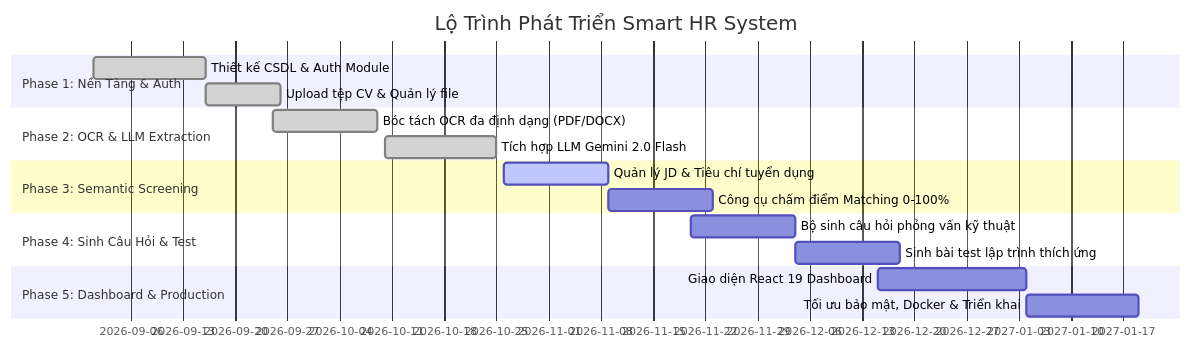
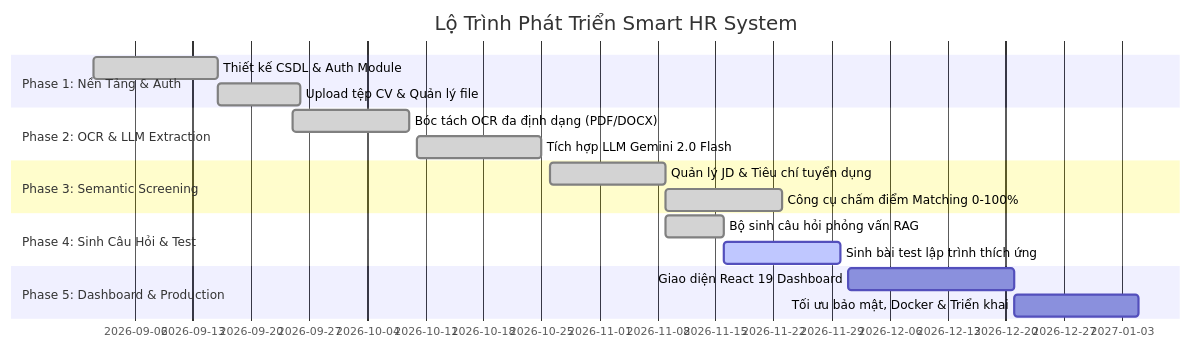
Before and after one commit to HoshinoAquamarine01/Smart-HR-Candidate-Screening-System: the diagram in docs/00-overview/02-roadmap.md, drawn with Mermaid. The commit also changed other lines of this file and 66 other files, not shown here.

````diff
--- a/docs/00-overview/02-roadmap.md
+++ b/docs/00-overview/02-roadmap.md
@@ -10,20 +10,20 @@
 ```mermaid
 gantt
     title Lộ Trình Phát Triển Smart HR System
     dateFormat  YYYY-MM-DD
     section Phase 1: Nền Tảng & Auth
     Thiết kế CSDL & Auth Module           :done, p1_1, 2026-09-01, 15d
     Upload tệp CV & Quản lý file          :done, p1_2, after p1_1, 10d
     section Phase 2: OCR & LLM Extraction
     Bóc tách OCR đa định dạng (PDF/DOCX) :done, p2_1, 2026-09-25, 14d
     Tích hợp LLM Gemini 2.0 Flash        :done, p2_2, 2026-10-10, 15d
     section Phase 3: Semantic Screening
-    Quản lý JD & Tiêu chí tuyển dụng     :active, p3_1, 2026-10-26, 14d
-    Công cụ chấm điểm Matching 0-100%    :p3_2, after p3_1, 14d
+    Quản lý JD & Tiêu chí tuyển dụng     :done, p3_1, 2026-10-26, 14d
+    Công cụ chấm điểm Matching 0-100%    :done, p3_2, after p3_1, 14d
     section Phase 4: Sinh Câu Hỏi & Test
-    Bộ sinh câu hỏi phỏng vấn kỹ thuật    :p4_1, 2026-11-20, 14d
-    Sinh bài test lập trình thích ứng    :p4_2, after p4_1, 14d
+    Bộ sinh câu hỏi phỏng vấn RAG        :done, p4_1, 2026-11-09, 7d
+    Sinh bài test lập trình thích ứng    :active, p4_2, after p4_1, 14d
     section Phase 5: Dashboard & Production
-    Giao diện React 19 Dashboard         :p5_1, 2026-12-15, 20d
+    Giao diện React 19 Dashboard         :p5_1, 2026-12-01, 20d
     Tối ưu bảo mật, Docker & Triển khai  :p5_2, after p5_1, 15d
 ```
````
